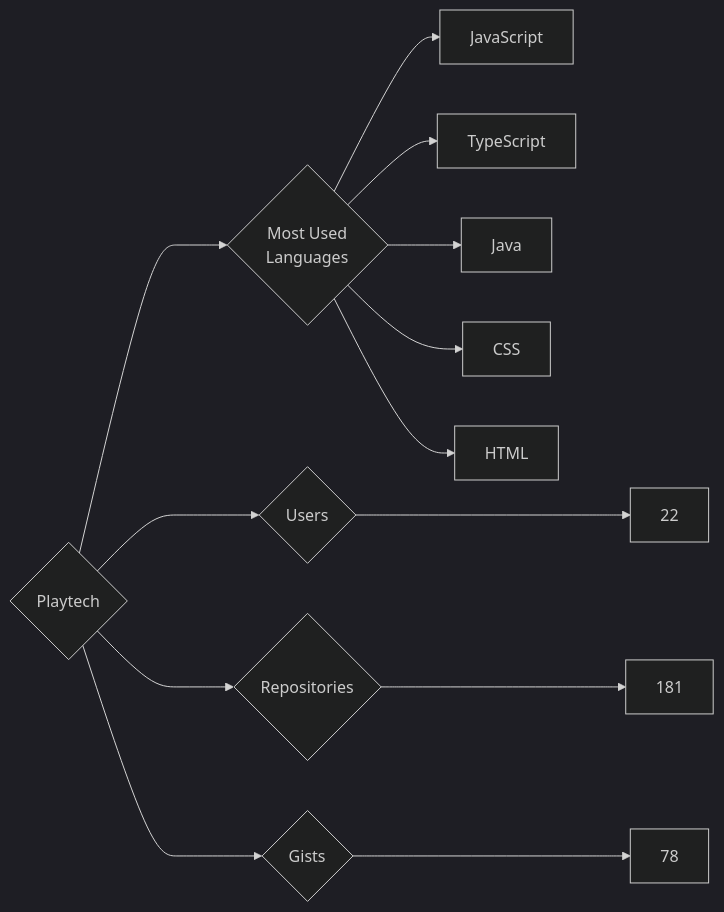
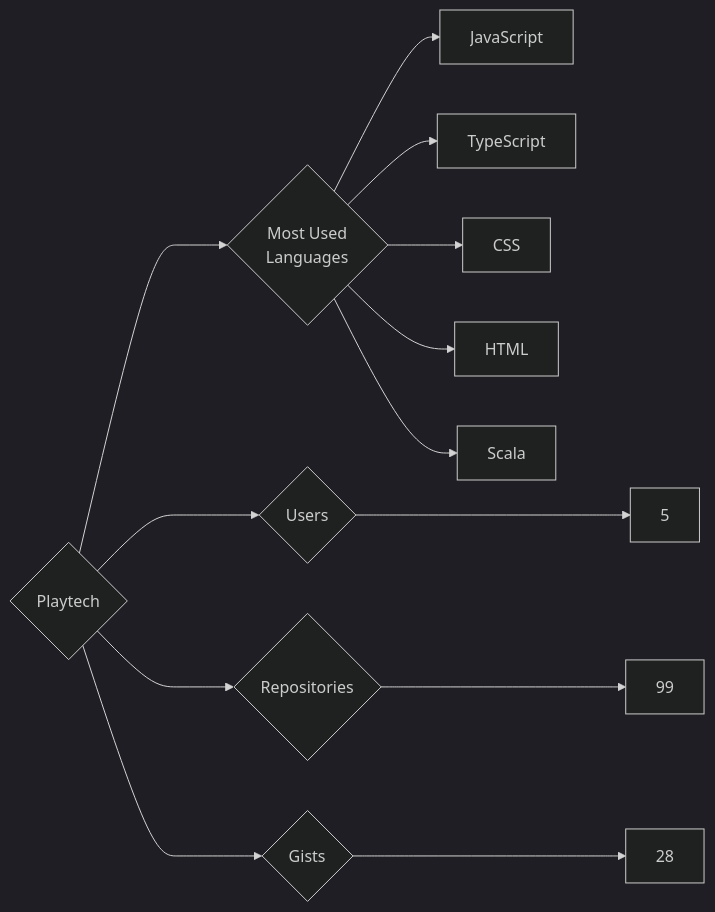
One commit to trickest/insiders changed the diagram in targets/Playtech/README.md. Above: the diagram before and after it, drawn with Mermaid (dark theme). The commit also changed 912 other files, not shown here.

````diff
--- a/targets/Playtech/README.md
+++ b/targets/Playtech/README.md
@@ -3,13 +3,13 @@
 ```mermaid
 graph LR
 COMPANY_NAME{Playtech}
-COMPANY_NAME ---> U{Users} ---> UN[22]
-COMPANY_NAME ---> R{Repositories} ---> RN[181]
-COMPANY_NAME ---> G{Gists} ---> GN[78]
+COMPANY_NAME ---> U{Users} ---> UN[5]
+COMPANY_NAME ---> R{Repositories} ---> RN[99]
+COMPANY_NAME ---> G{Gists} ---> GN[28]
 COMPANY_NAME ---> ML{Most Used<br>Languages}
 ML --> JavaScript[JavaScript]
 ML --> TypeScript[TypeScript]
-ML --> Java[Java]
 ML --> CSS[CSS]
 ML --> HTML[HTML]
+ML --> Scala[Scala]
 ```
````
